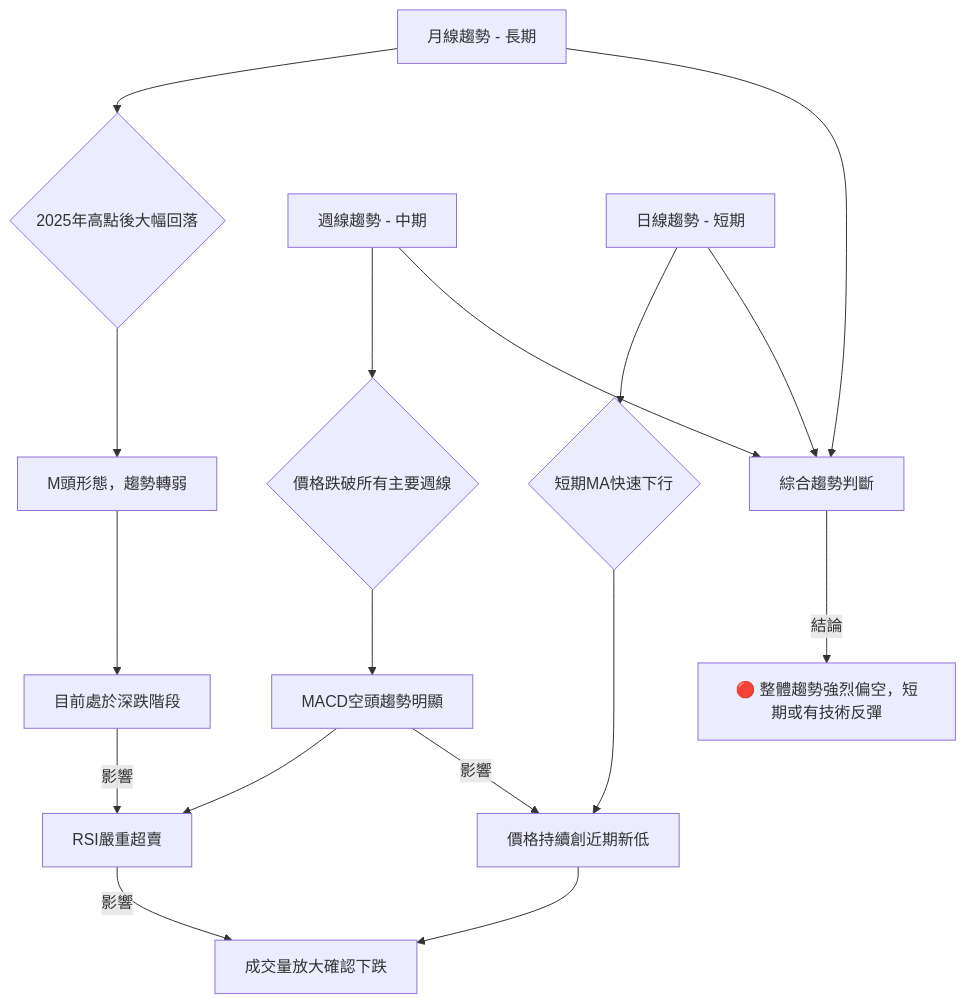
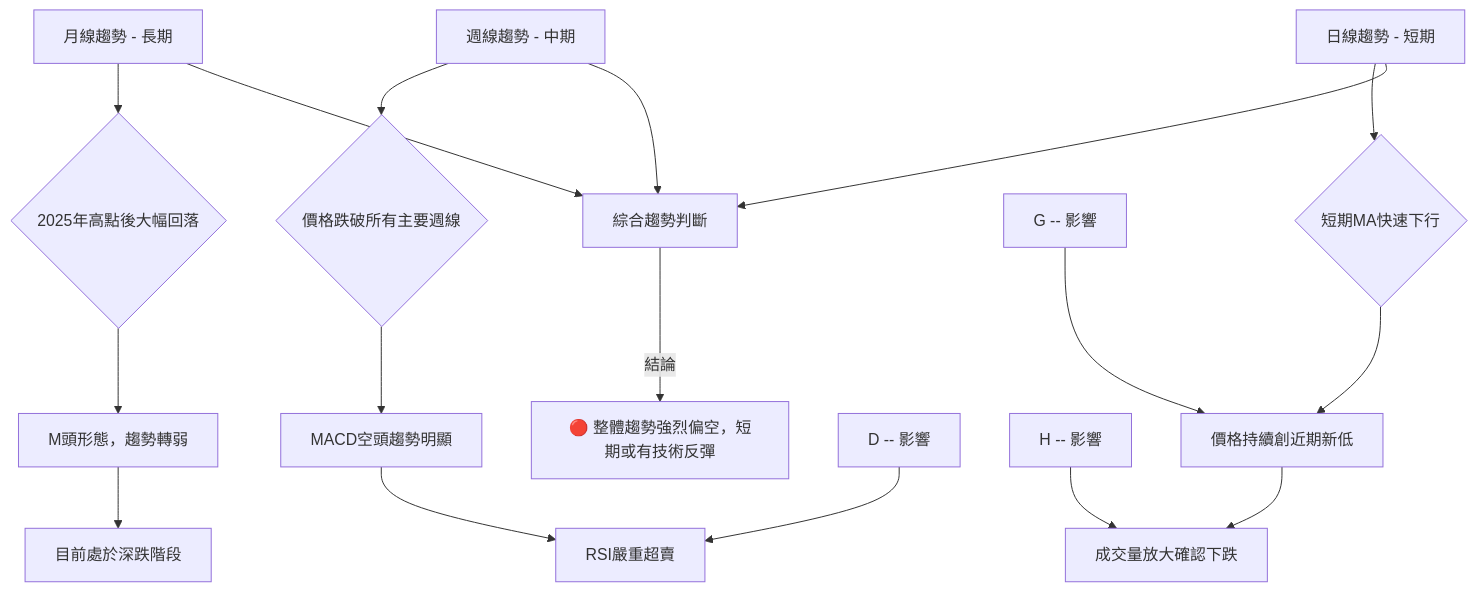
One commit to yennanliu/finance_data changed the second of 6 diagrams in ai_gen_report/stock/orcl/technical_analysis_2026-06-24_gemini.md. Above: the diagram before and after it, drawn with Mermaid. The commit also changed other lines of this file and 2258 other files, not shown here.

First line of the commit message:
chore: backfill Mermaid syntax repair across existing reports

````diff
--- a/ai_gen_report/stock/orcl/technical_analysis_2026-06-24_gemini.md
+++ b/ai_gen_report/stock/orcl/technical_analysis_2026-06-24_gemini.md
@@ -126,22 +126,22 @@
 ```mermaid
 graph TD
-    A[月線趨勢 - 長期] --> B{2025年高點後大幅回落}
-    B --> C[M頭形態，趨勢轉弱]
-    C --> D[目前處於深跌階段]
+    A["月線趨勢 - 長期"] --> B{"2025年高點後大幅回落"}
+    B --> C["M頭形態，趨勢轉弱"]
+    C --> D["目前處於深跌階段"]
 
-    E[週線趨勢 - 中期] --> F{價格跌破所有主要週線}
-    F --> G[MACD空頭趨勢明顯]
-    G --> H[RSI嚴重超賣]
+    E["週線趨勢 - 中期"] --> F{"價格跌破所有主要週線"}
+    F --> G["MACD空頭趨勢明顯"]
+    G --> H["RSI嚴重超賣"]
 
-    I[日線趨勢 - 短期] --> J{短期MA快速下行}
-    J --> K[價格持續創近期新低]
-    K --> L[成交量放大確認下跌]
+    I["日線趨勢 - 短期"] --> J{"短期MA快速下行"}
+    J --> K["價格持續創近期新低"]
+    K --> L["成交量放大確認下跌"]
 
-    D -- 影響 --> H
-    H -- 影響 --> L
-    G -- 影響 --> K
+    nb1["D -- 影響"] --> H
+    nb2["H -- 影響"] --> L
+    nb3["G -- 影響"] --> K
 
-    M[綜合趨勢判斷]
-    A & E & I --> M
-    M -- 結論 --> N[🔴 整體趨勢強烈偏空，短期或有技術反彈]
+    M["綜合趨勢判斷"]
+    A   &   E   &   I --> M
+    M -- 結論 --> N["🔴 整體趨勢強烈偏空，短期或有技術反彈"]
 ```
````
